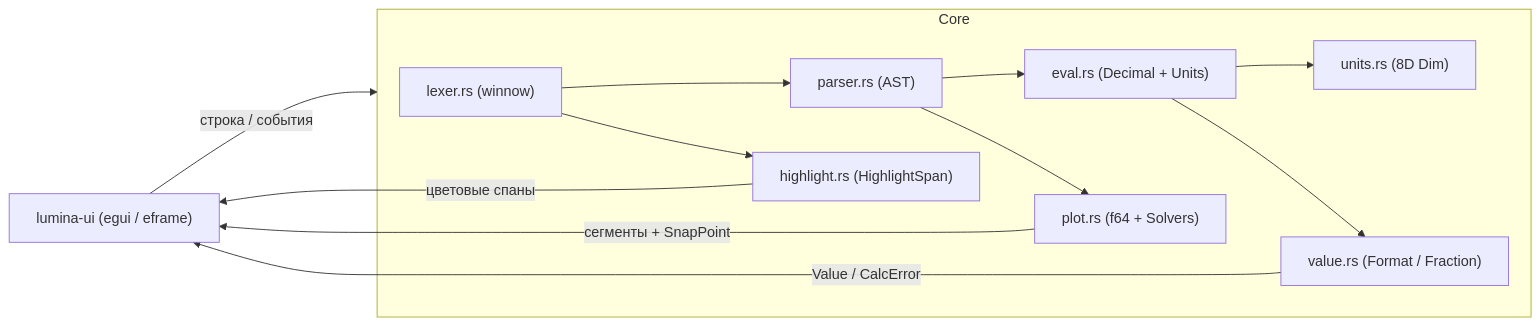
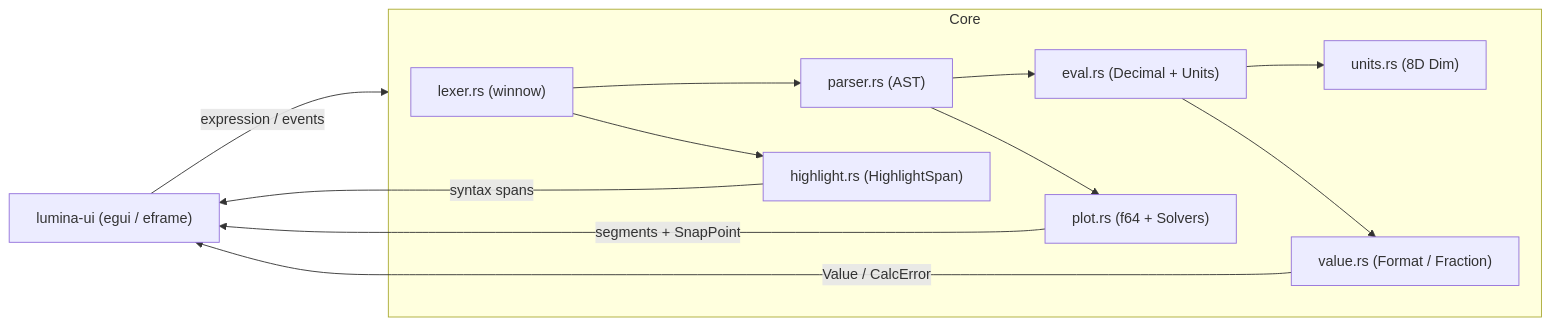
Before and after one commit to H1rolce/LuminaCalc: the diagram in README.md, drawn with Mermaid. The commit also changed other lines of this file and 27 other files, not shown here.

````diff
--- a/README.md
+++ b/README.md
@@ -63,15 +65,15 @@
 ```mermaid
 flowchart LR
-    UI["lumina-ui (egui / eframe)"] -->|строка / события| Core["lumina-core (pure Rust)"]
+    UI["lumina-ui (egui / eframe)"] -->|expression / events| Core["lumina-core (pure Rust)"]
     subgraph Core
         Lexer["lexer.rs (winnow)"] --> Parser["parser.rs (AST)"]
         Lexer --> HL["highlight.rs (HighlightSpan)"]
         Parser --> Eval["eval.rs (Decimal + Units)"]
         Parser --> Plot["plot.rs (f64 + Solvers)"]
         Eval --> Units["units.rs (8D Dim)"]
         Eval --> Val["value.rs (Format / Fraction)"]
     end
-    HL -->|цветовые спаны| UI
+    HL -->|syntax spans| UI
     Val -->|Value / CalcError| UI
-    Plot -->|сегменты + SnapPoint| UI
+    Plot -->|segments + SnapPoint| UI
 ```
````
